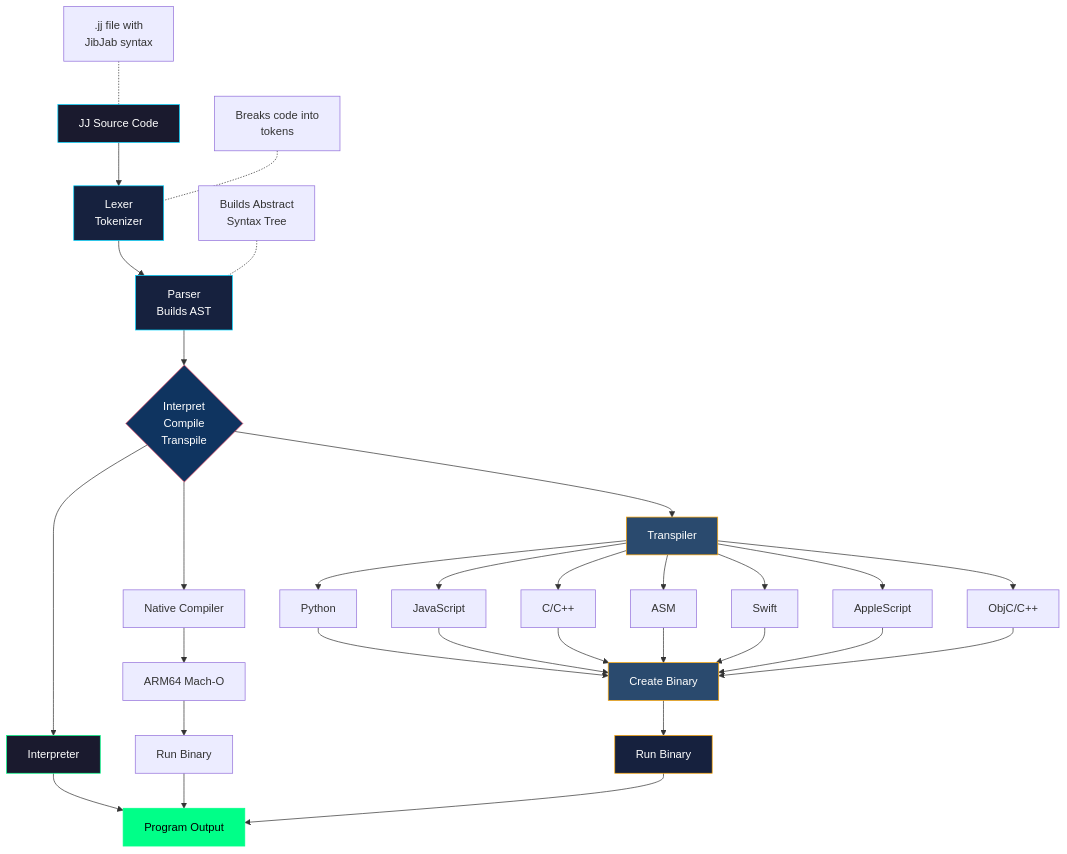
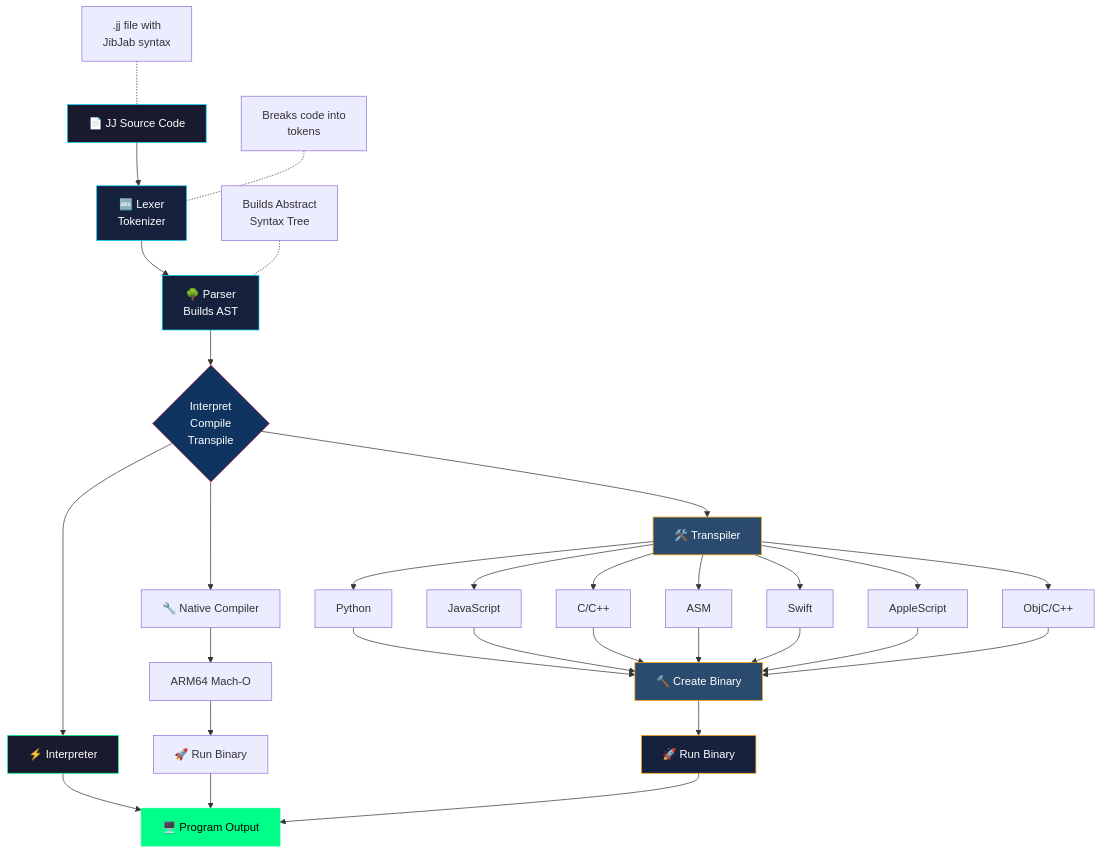
Before and after one commit to SuperBox64/JibberJabber: the diagram in README.md, drawn with Mermaid.

Commit message:
Restore emojis to diagram nodes (except languages)

````diff
--- a/README.md
+++ b/README.md
@@ -339,48 +339,48 @@
 ```mermaid
 flowchart TD
-    A[JJ Source Code] --> B[Lexer<br>Tokenizer]
-    B --> C[Parser<br>Builds AST]
+    A[📄 JJ Source Code] --> B[🔤 Lexer<br>Tokenizer]
+    B --> C[🌳 Parser<br>Builds AST]
     C --> D{Interpret<br>Compile<br>Transpile}
 
     A1[".jj file with<br>JibJab syntax"] -.- A
     B1["Breaks code into<br>tokens"] -.- B
     C1["Builds Abstract<br>Syntax Tree"] -.- C
 
-    D --> E[Interpreter]
-    E --> F[Program Output]
+    D --> E[⚡ Interpreter]
+    E --> F[🖥️ Program Output]
 
-    D --> N1[Native Compiler]
+    D --> N1[🔧 Native Compiler]
     N1 --> N2[ARM64 Mach-O]
-    N2 --> N3[Run Binary]
+    N2 --> N3[🚀 Run Binary]
     N3 --> F
 
-    D --> G[Transpiler]
+    D --> G[🛠️ Transpiler]
     G --> H[Python]
     G --> I[JavaScript]
     G --> J[C/C++]
     G --> K[ASM]
     G --> L[Swift]
     G --> P[AppleScript]
     G --> Q[ObjC/C++]
 
-    H --> M[Create Binary]
+    H --> M[🔨 Create Binary]
     I --> M
     J --> M
     K --> M
     L --> M
     P --> M
     Q --> M
-    M --> N[Run Binary]
+    M --> N[🚀 Run Binary]
     N --> F
 
     style M fill:#2a4a6e,stroke:#ffa500,color:#fff
     style N fill:#16213e,stroke:#ffa500,color:#fff
 
     style A fill:#1a1a2e,stroke:#00d4ff,color:#fff
     style B fill:#16213e,stroke:#00d4ff,color:#fff
     style C fill:#16213e,stroke:#00d4ff,color:#fff
     style D fill:#0f3460,stroke:#e94560,color:#fff
     style E fill:#1a1a2e,stroke:#00ff88,color:#fff
     style F fill:#00ff88,stroke:#00ff88,color:#000
     style G fill:#2a4a6e,stroke:#ffa500,color:#fff
 ```
````
